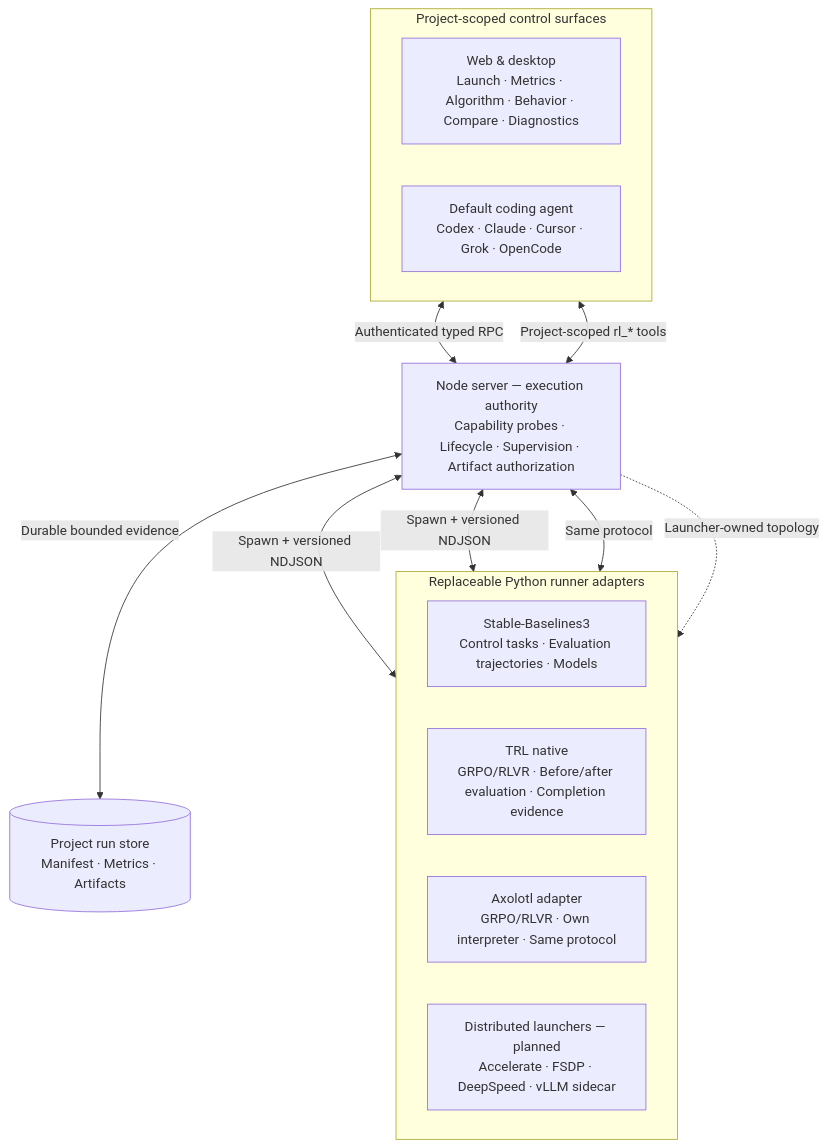
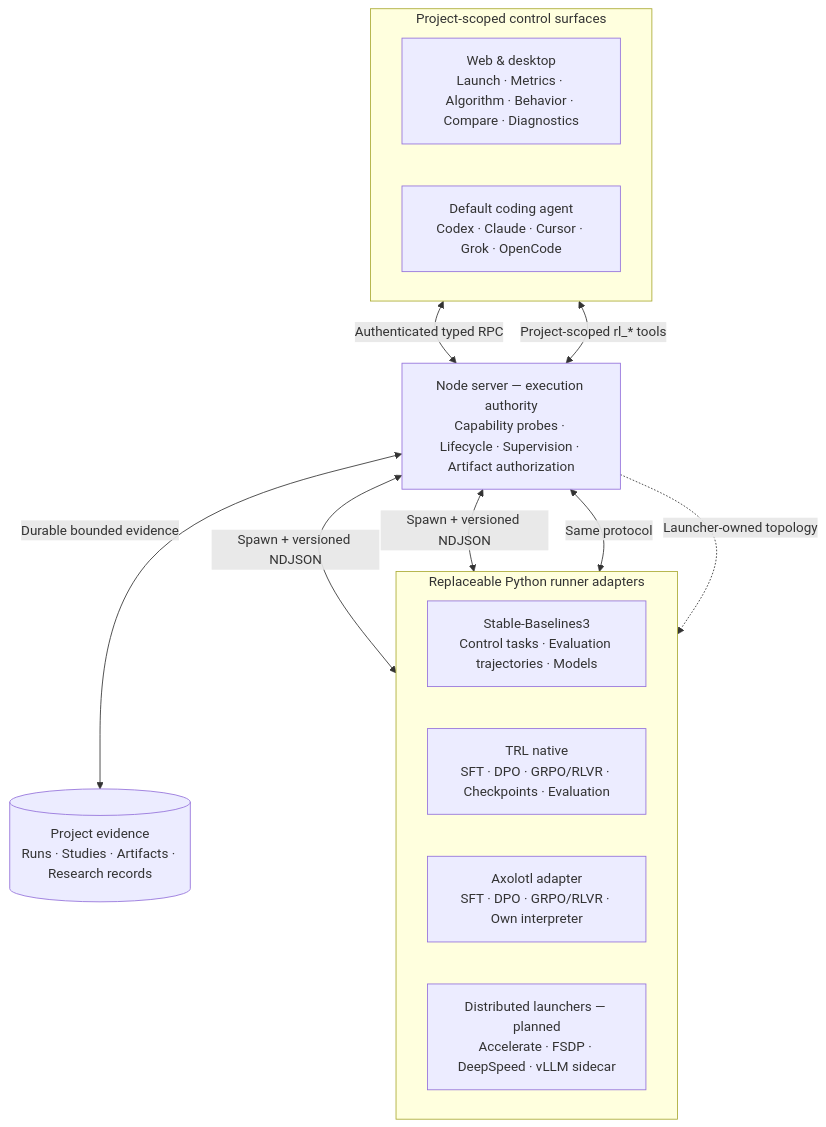
One commit to Luisgarcav/t3rl changed the diagram in README.md. Above: the diagram before and after it, drawn with Mermaid. The commit also changed other lines of this file and 68 other files, not shown here.

Commit message:
feat(rl): prepare v0.0.35 with verified research evidence

````diff
--- a/README.md
+++ b/README.md
@@ -252,27 +291,27 @@
 ```mermaid
 flowchart TB
     subgraph control["Project-scoped control surfaces"]
         direction LR
         clients["Web & desktop<br/>Launch · Metrics · Algorithm · Behavior · Compare · Diagnostics"]
         agents["Default coding agent<br/>Codex · Claude · Cursor · Grok · OpenCode"]
     end
 
     server["Node server — execution authority<br/>Capability probes · Lifecycle · Supervision · Artifact authorization"]
-    store[("Project run store<br/>Manifest · Metrics · Artifacts")]
+    store[("Project evidence<br/>Runs · Studies · Artifacts · Research records")]
 
     subgraph adapters["Replaceable Python runner adapters"]
         direction LR
         sb3["Stable-Baselines3<br/>Control tasks · Evaluation trajectories · Models"]
-        trl["TRL native<br/>GRPO/RLVR · Before/after evaluation · Completion evidence"]
-        axolotl["Axolotl adapter<br/>GRPO/RLVR · Own interpreter · Same protocol"]
+        trl["TRL native<br/>SFT · DPO · GRPO/RLVR · Checkpoints · Evaluation"]
+        axolotl["Axolotl adapter<br/>SFT · DPO · GRPO/RLVR · Own interpreter"]
         distributed["Distributed launchers — planned<br/>Accelerate · FSDP · DeepSpeed · vLLM sidecar"]
     end
 
     clients <-->|"Authenticated typed RPC"| server
     agents <-->|"Project-scoped rl_* tools"| server
     server <-->|"Durable bounded evidence"| store
     server <-->|"Spawn + versioned NDJSON"| sb3
     server <-->|"Spawn + versioned NDJSON"| trl
     server <-->|"Same protocol"| axolotl
     server -.->|"Launcher-owned topology"| distributed
 ```
````
